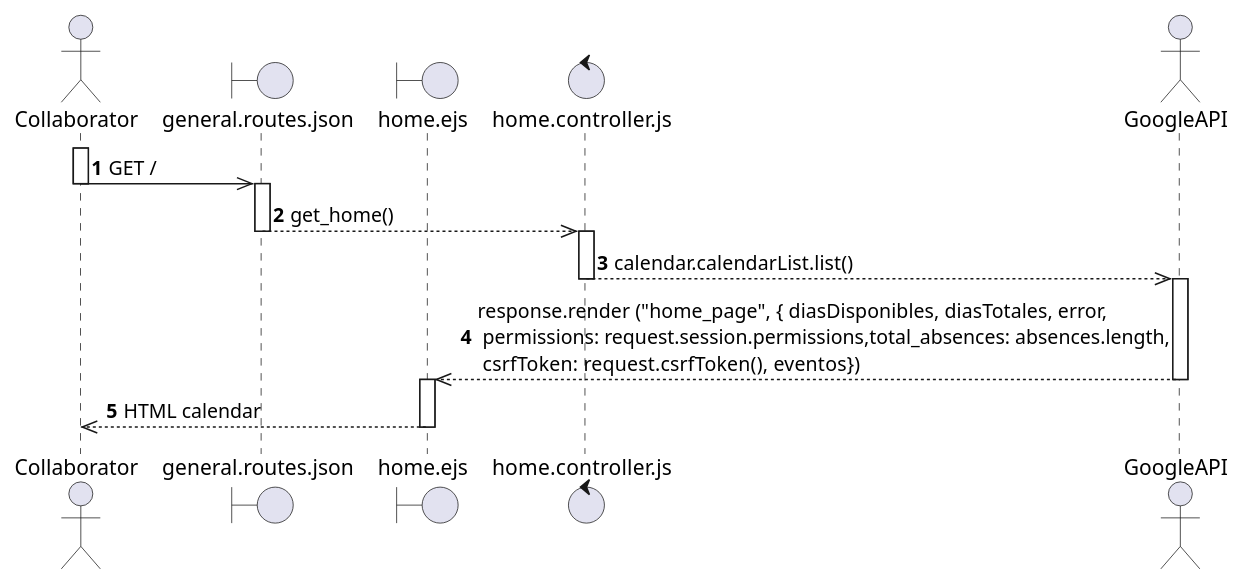
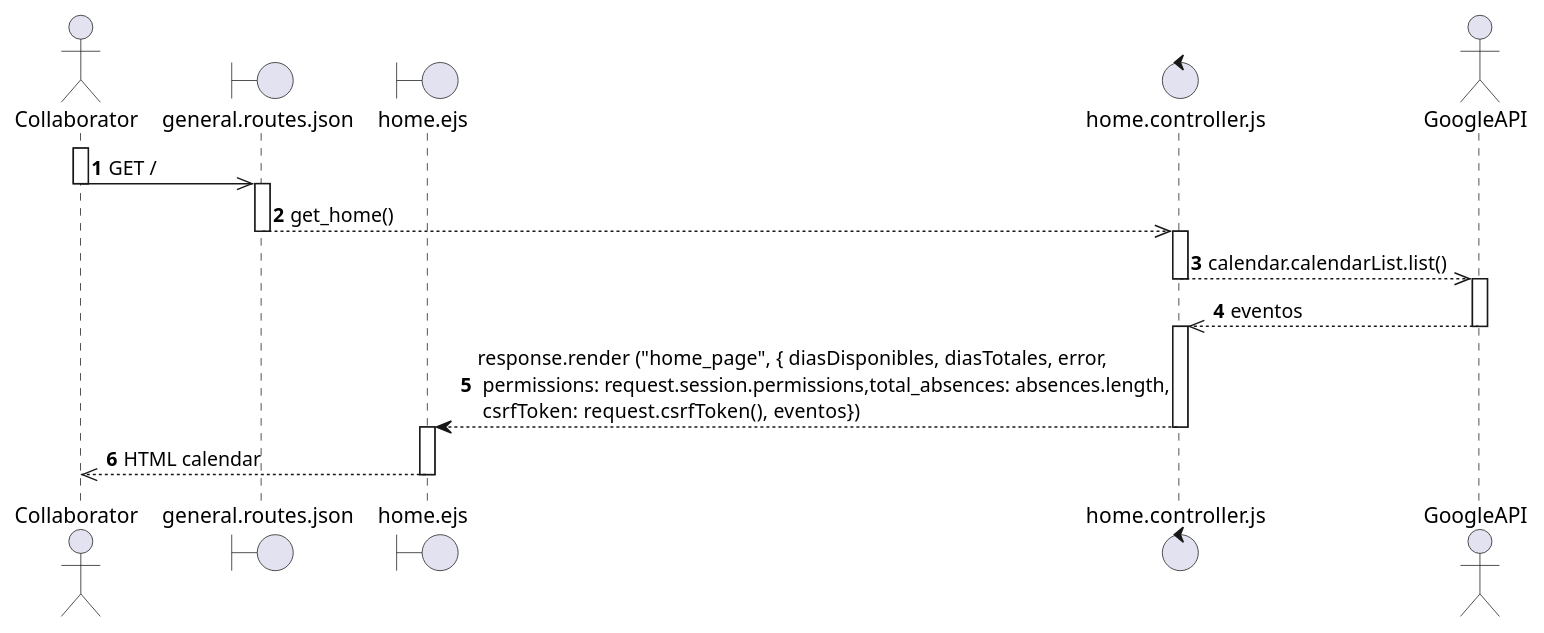
The diagram in diagramas_secuencia/req_7.puml (SALV19/Nebula_tc2005b), drawn with PlantUML before and after one commit.

Commit message:
[FIX] diagram

```diff
--- a/diagramas_secuencia/req_7.puml
+++ b/diagramas_secuencia/req_7.puml
@@ -1,30 +1,34 @@
 @startuml REQ_7
 autonumber
 actor Collaborator as C 
 boundary general.routes.json as Route
 boundary home.ejs as home
 control home.controller.js as HController
 actor GoogleAPI as GoogleApi
 
 
 activate C
 C ->> Route : GET /
 deactivate C 
 
 activate Route
 Route -->> HController : get_home()
 deactivate Route
 
 activate HController
 HController -->> GoogleApi : calendar.calendarList.list()
 deactivate HController
 
 activate GoogleApi
-GoogleApi -->> home : response.render ("home_page", { diasDisponibles, diasTotales, error,\n permissions: request.session.permissions,total_absences: absences.length,\n csrfToken: request.csrfToken(),  eventos})
+GoogleApi -->> HController : eventos
 deactivate GoogleApi
+
+activate HController
+HController --> home : response.render ("home_page", { diasDisponibles, diasTotales, error,\n permissions: request.session.permissions,total_absences: absences.length,\n csrfToken: request.csrfToken(),  eventos})
+deactivate HController
 
 activate home
 home -->> C : HTML calendar
 deactivate home
 
 @enduml
```
